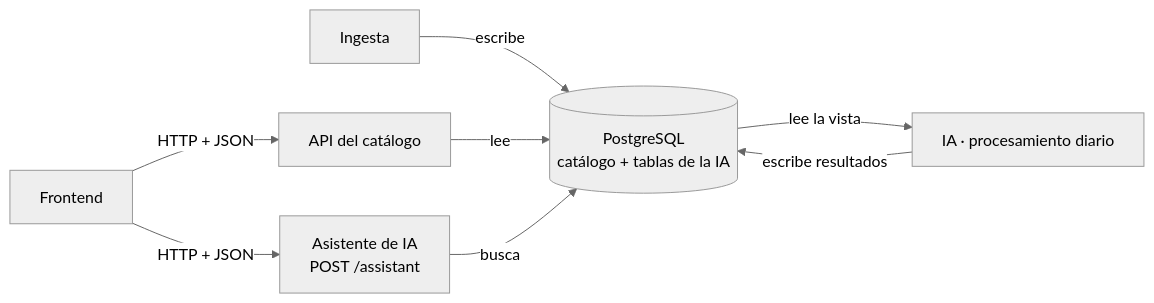
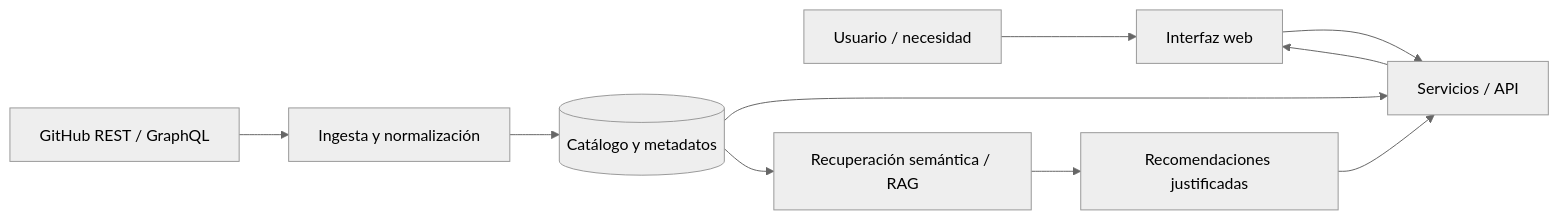
One commit to No-Country-simulation/S10_26_EQUIPO_29 changed the diagram in README.md. Above: the diagram before and after it, drawn with Mermaid (neutral theme). The commit also changed other lines of this file and 33 other files, not shown here.

````diff
--- a/README.md
+++ b/README.md
@@ -47,10 +129,12 @@
 ```mermaid
 flowchart LR
-    ING["Ingesta"] -->|escribe| DB[("PostgreSQL<br/>catálogo + tablas de la IA")]
-    DB -->|lee la vista| AI["IA · procesamiento diario"]
-    AI -->|escribe resultados| DB
-    FE["Frontend"] -->|HTTP + JSON| API["API del catálogo"]
-    API -->|lee| DB
-    FE -->|HTTP + JSON| AS["Asistente de IA<br/>POST /assistant"]
-    AS -->|busca| DB
+    U["Usuario / necesidad"] --> WEB["Interfaz web"]
+    WEB --> API["Servicios / API"]
+    G["GitHub REST / GraphQL"] --> PIPE["Ingesta y normalización"]
+    PIPE --> DB[("Catálogo y metadatos")]
+    DB --> API
+    DB --> RAG["Recuperación semántica / RAG"]
+    RAG --> IA["Recomendaciones justificadas"]
+    IA --> API
+    API --> WEB
 ```
````
